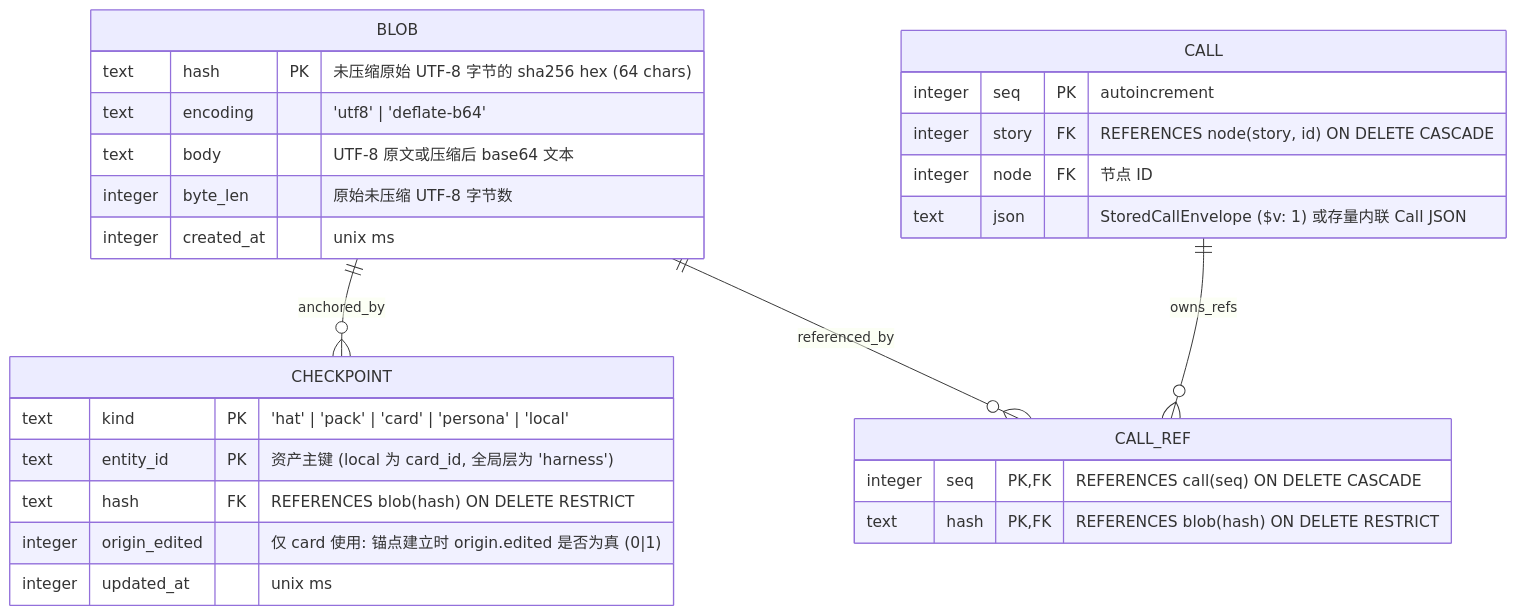
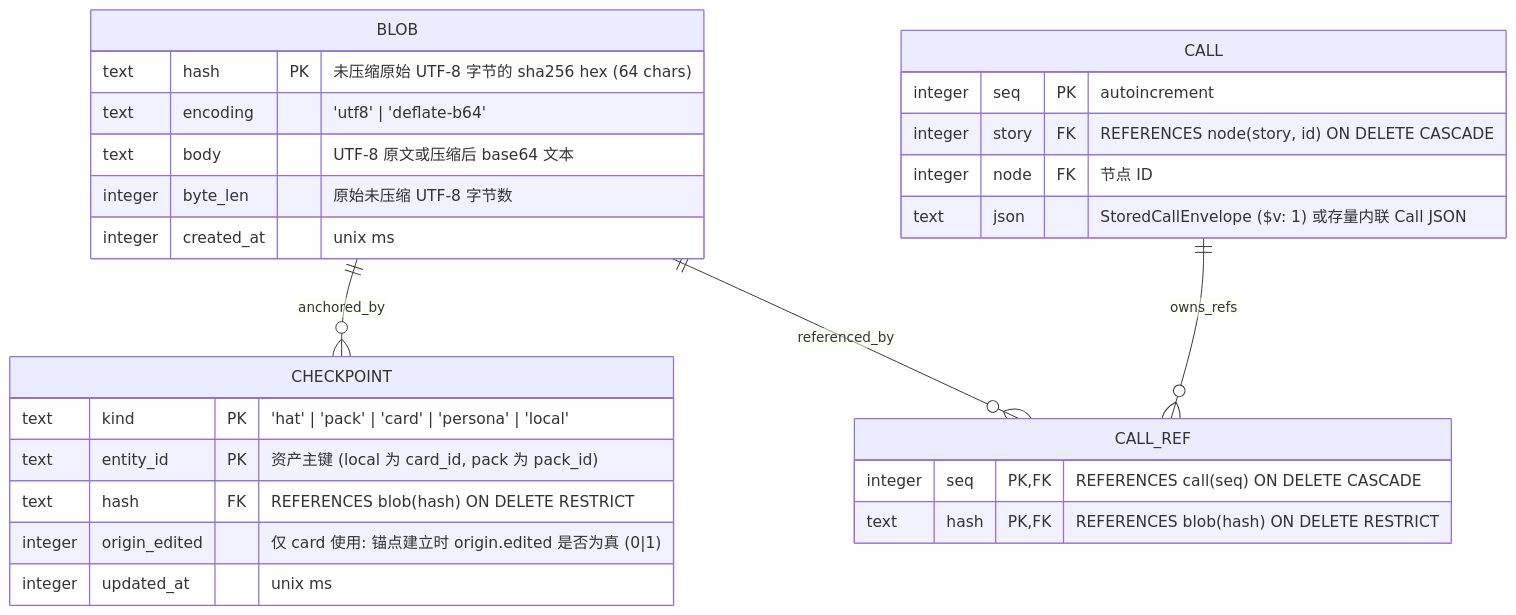
The fourth of 4 diagrams in docs/storage-brief.md (piepiaspace/effect-tavern), drawn with Mermaid before and after one commit. The commit also changed other lines of this file and 25 other files, not shown here.

````diff
--- a/docs/storage-brief.md
+++ b/docs/storage-brief.md
@@ -161,34 +161,34 @@
 ```mermaid
 erDiagram
   BLOB {
     text hash PK "未压缩原始 UTF-8 字节的 sha256 hex (64 chars)"
     text encoding "'utf8' | 'deflate-b64'"
     text body "UTF-8 原文或压缩后 base64 文本"
     integer byte_len "原始未压缩 UTF-8 字节数"
     integer created_at "unix ms"
   }
 
   CHECKPOINT {
     text kind PK "'hat' | 'pack' | 'card' | 'persona' | 'local'"
-    text entity_id PK "资产主键 (local 为 card_id, 全局层为 'harness')"
+    text entity_id PK "资产主键 (local 为 card_id, pack 为 pack_id)"
     text hash FK "REFERENCES blob(hash) ON DELETE RESTRICT"
     integer origin_edited "仅 card 使用: 锚点建立时 origin.edited 是否为真 (0|1)"
     integer updated_at "unix ms"
   }
 
   CALL {
     integer seq PK "autoincrement"
     integer story FK "REFERENCES node(story, id) ON DELETE CASCADE"
     integer node FK "节点 ID"
     text json "StoredCallEnvelope ($v: 1) 或存量内联 Call JSON"
   }
 
   CALL_REF {
     integer seq PK,FK "REFERENCES call(seq) ON DELETE CASCADE"
     text hash PK,FK "REFERENCES blob(hash) ON DELETE RESTRICT"
   }
 
   BLOB ||--o{ CHECKPOINT : "anchored_by"
   BLOB ||--o{ CALL_REF : "referenced_by"
   CALL ||--o{ CALL_REF : "owns_refs"
 ```
````
